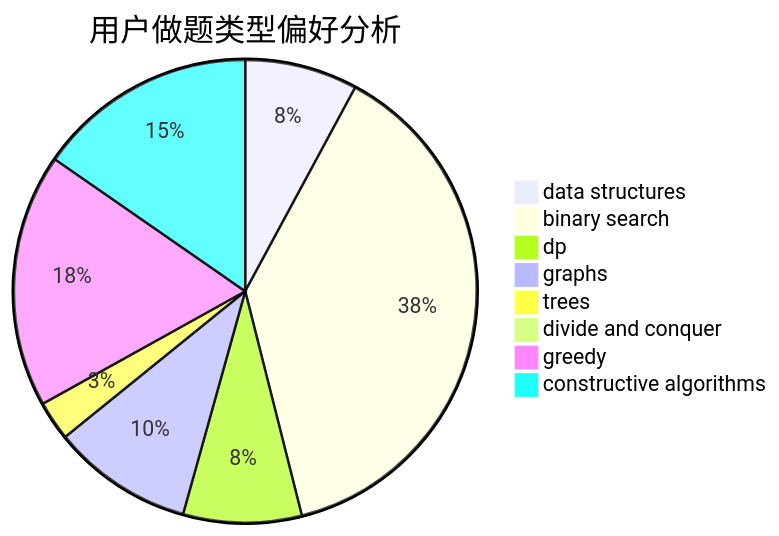
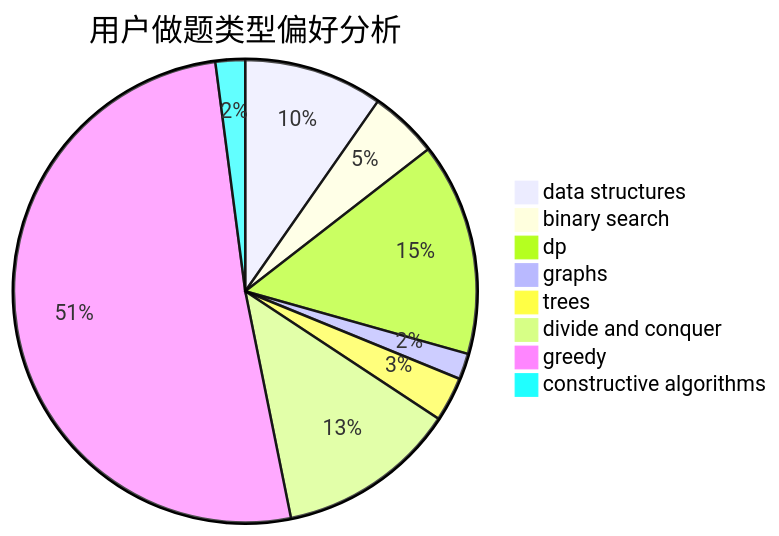
The second of 3 diagrams in docs/user/u375.md (sherpahu/cfrs.github.io), drawn with Mermaid before and after one commit. The commit also changed other lines of this file and 2770 other files, not shown here.

````diff
--- a/docs/user/u375.md
+++ b/docs/user/u375.md
@@ -23,11 +23,11 @@
 ```mermaid
 pie title 用户做题类型偏好分析
-    "data structures" :  40
-    "binary search" :  194
-    "dp" :  42
-    "graphs" :  50
-    "trees" :  14
-    "divide and conquer" :  0
-    "greedy" :  90
-    "constructive algorithms" :  78
+    "data structures" :  75
+    "binary search" :  37
+    "dp" :  115
+    "graphs" :  14
+    "trees" :  24
+    "divide and conquer" :  97
+    "greedy" :  395
+    "constructive algorithms" :  16
 ```
````
